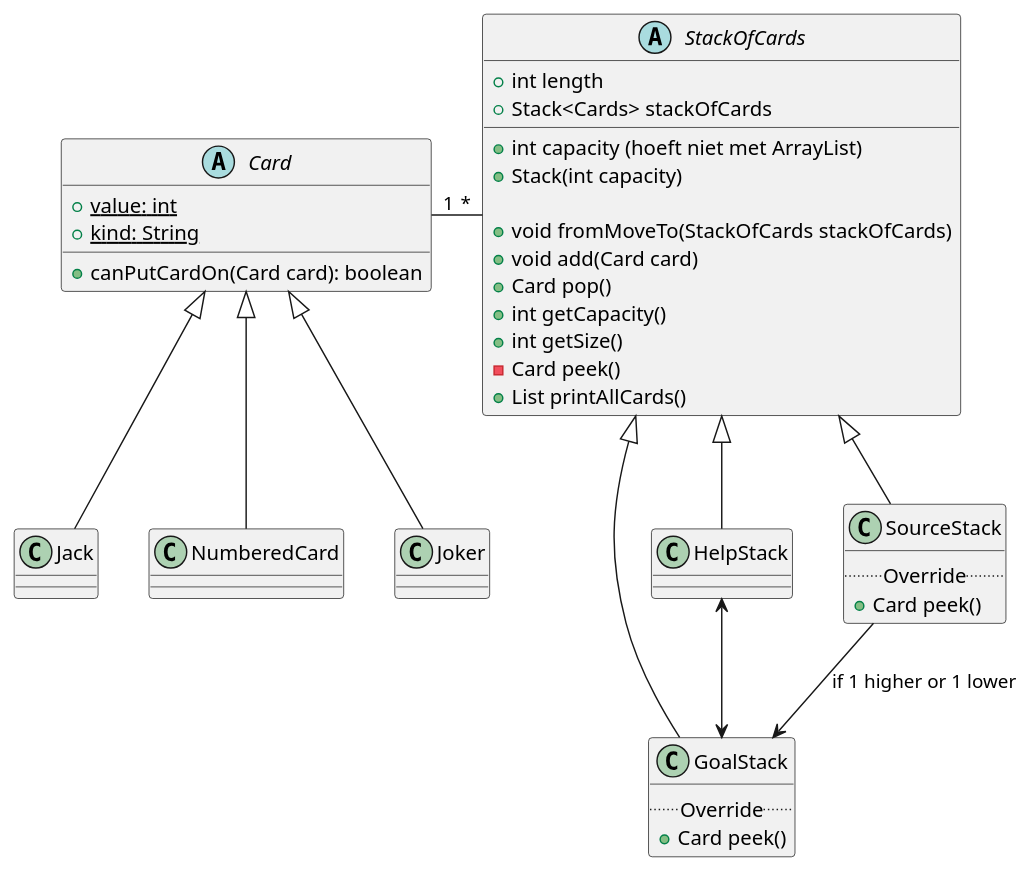
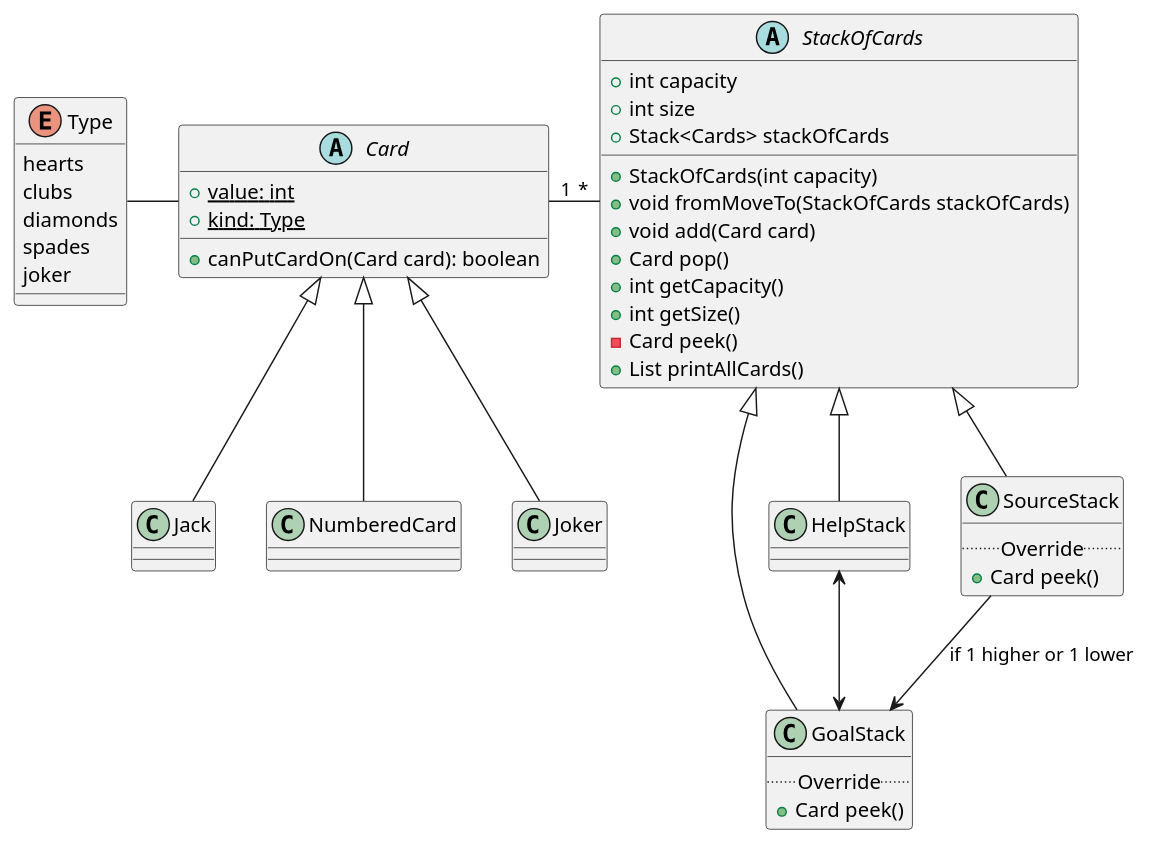
One commit to FlorDM7/OGP changed the diagram in Oefenzitting4/src/oefening2/ClassDiagramOef2.puml. Above: the diagram before and after it, drawn with PlantUML. The commit also changed 11 other files, not shown here.

```diff
--- a/Oefenzitting4/src/oefening2/ClassDiagramOef2.puml
+++ b/Oefenzitting4/src/oefening2/ClassDiagramOef2.puml
@@ -1,66 +1,76 @@
 @startuml
 
-abstract StackOfCards{
-    + int capacity (hoeft niet met ArrayList)
-    + int length
+abstract StackOfCards {
+    + int capacity
+    + int size
     + Stack<Cards> stackOfCards
 
-    + Stack(int capacity)
+    + StackOfCards(int capacity)
+
 
     + void fromMoveTo(StackOfCards stackOfCards)
     + void add(Card card)
     + Card pop()
     + int getCapacity()
     + int getSize()
     - Card peek()
     + List printAllCards()
 }
 
-class GoalStack{
+class GoalStack {
     ..Override..
     + Card peek()
 }
 
-class HelpStack{
+class HelpStack {
 
 }
 
-class SourceStack{
+class SourceStack {
     ..Override..
     + Card peek()
 }
 
 'Cards are immutable
-abstract Card{
+abstract Card {
     + {static} value: int
-    + {static} kind: String
+    + {static} kind: Type
 
     + canPutCardOn(Card card): boolean
 }
 
-class Jack{
+enum Type {
+hearts
+clubs
+diamonds
+spades
+joker
 }
 
-class NumberedCard{
+class Jack {
 }
 
-class Joker{
+class NumberedCard {
+}
+
+class Joker {
 }
 
 'Inheritance
 StackOfCards <|-- GoalStack
 StackOfCards <|-- SourceStack
 StackOfCards <|-- HelpStack
 Card <|-- Jack
 Card <|-- Joker
 Card <|-- NumberedCard
 
 'Bidirectional relation
 Card "1" - "*" StackOfCards
 HelpStack <-->  GoalStack
 
 'Unidirectional relation
 SourceStack --> GoalStack : if 1 higher or 1 lower
 
+Type - Card
 
 @enduml
```
